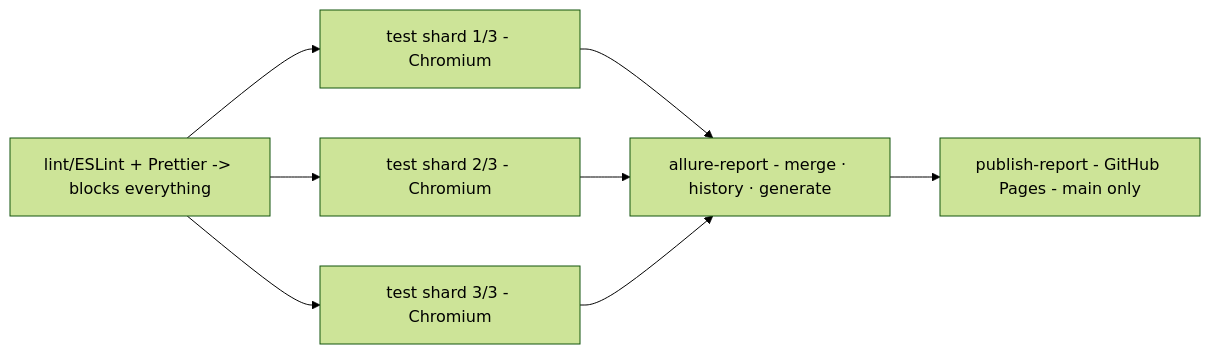
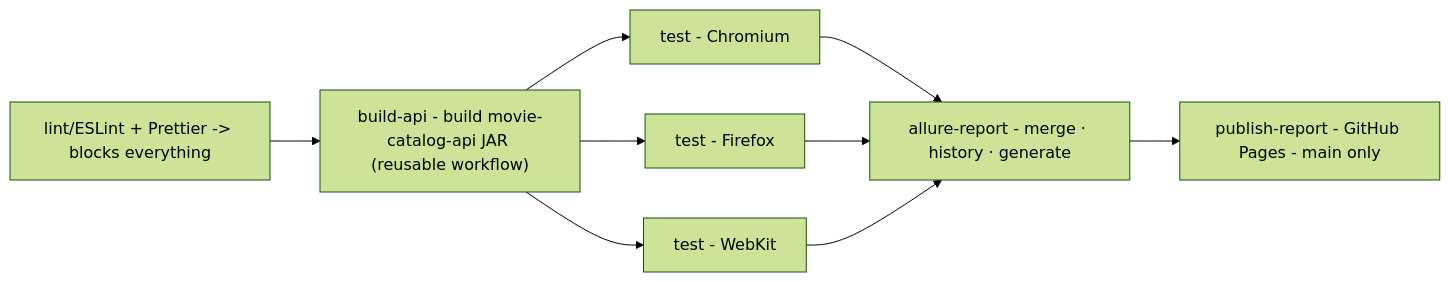
One commit to EnesAkyel/test-strategy changed the first of 9 diagrams in architecture/ci-pipeline.md. Above: the diagram before and after it, drawn with Mermaid (forest theme). The commit also changed other lines of this file and 9 other files, not shown here.

First line of the commit message:
Sync docs with playwright-ts's move to movie-catalog-ui and other accuracy fixes

````diff
--- a/architecture/ci-pipeline.md
+++ b/architecture/ci-pipeline.md
@@ -12,11 +12,12 @@
 ```mermaid
 flowchart LR
     L["lint/ESLint + Prettier -> blocks everything"]
-    T1["test shard 1/3 - Chromium"]
-    T2["test shard 2/3 - Chromium"]
-    T3["test shard 3/3 - Chromium"]
+    B["build-api - build movie-catalog-api JAR (reusable workflow)"]
+    T1["test - Chromium"]
+    T2["test - Firefox"]
+    T3["test - WebKit"]
     AR["allure-report - merge · history · generate"]
     PR["publish-report - GitHub Pages - main only"]
 
-    L --> T1 & T2 & T3 --> AR --> PR
+    L --> B --> T1 & T2 & T3 --> AR --> PR
 ```
````
